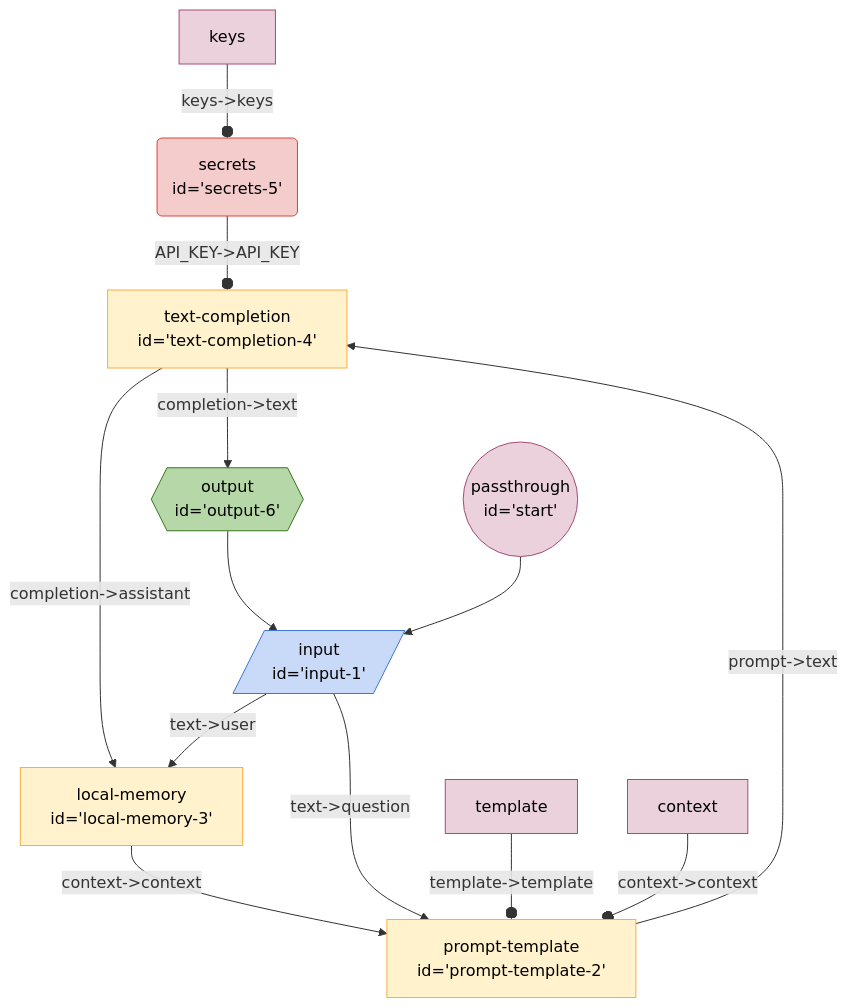
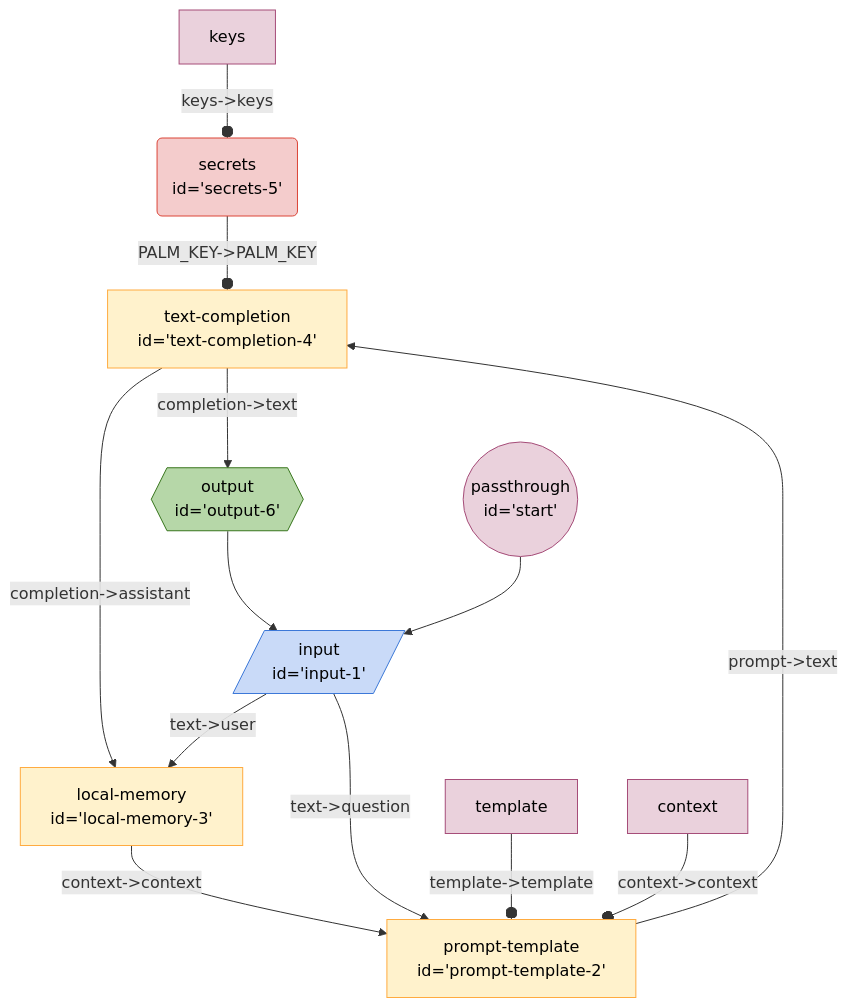
One commit to breadboard-ai/breadboard changed the diagram in seeds/graph-playground/docs/graphs/accumulating-context.md. Above: the diagram before and after it, drawn with Mermaid. The commit also changed 72 other files, not shown here.

Commit message:
Rename API_KEY to PALM_KEY. Fixes #72.

````diff
--- a/seeds/graph-playground/docs/graphs/accumulating-context.md
+++ b/seeds/graph-playground/docs/graphs/accumulating-context.md
@@ -5,42 +5,42 @@
   ```mermaid
   %%{init: 'themeVariables': { 'fontFamily': 'Fira Code, monospace' }}%%
 graph TD;
 secrets5("secrets
-id='secrets-5'"):::secrets -- "API_KEY->API_KEY" --o textcompletion4["text-completion
+id='secrets-5'"):::secrets -- "PALM_KEY->PALM_KEY" --o textcompletion4["text-completion
 id='text-completion-4'"]
 localmemory3["local-memory
 id='local-memory-3'"] -- "context->context" --> prompttemplate2["prompt-template
 id='prompt-template-2'"]
 textcompletion4["text-completion
 id='text-completion-4'"] -- "completion->assistant" --> localmemory3["local-memory
 id='local-memory-3'"]
 output6{{"output
 id='output-6'"}}:::output --> input1[/"input
 id='input-1'"/]:::input
 textcompletion4["text-completion
 id='text-completion-4'"] -- "completion->text" --> output6{{"output
 id='output-6'"}}:::output
 prompttemplate2["prompt-template
 id='prompt-template-2'"] -- "prompt->text" --> textcompletion4["text-completion
 id='text-completion-4'"]
 input1[/"input
 id='input-1'"/]:::input -- "text->question" --> prompttemplate2["prompt-template
 id='prompt-template-2'"]
 input1[/"input
 id='input-1'"/]:::input -- "text->user" --> localmemory3["local-memory
 id='local-memory-3'"]
 start(("passthrough
 id='start'")):::passthrough --> input1[/"input
 id='input-1'"/]:::input
 templateprompttemplate2[template]:::config -- "template->template" --o prompttemplate2
 contextprompttemplate2[context]:::config -- "context->context" --o prompttemplate2
 keyssecrets5[keys]:::config -- "keys->keys" --o secrets5
 classDef default stroke:#ffab40,fill:#fff2ccff,color:#000
 classDef input stroke:#3c78d8,fill:#c9daf8ff,color:#000
 classDef output stroke:#38761d,fill:#b6d7a8ff,color:#000
 classDef passthrough stroke:#a64d79,fill:#ead1dcff,color:#000
 classDef slot stroke:#a64d79,fill:#ead1dcff,color:#000
 classDef config stroke:#a64d79,fill:#ead1dcff,color:#000
 classDef secrets stroke:#db4437,fill:#f4cccc,color:#000
 classDef slotted stroke:#a64d79
   ```
````
